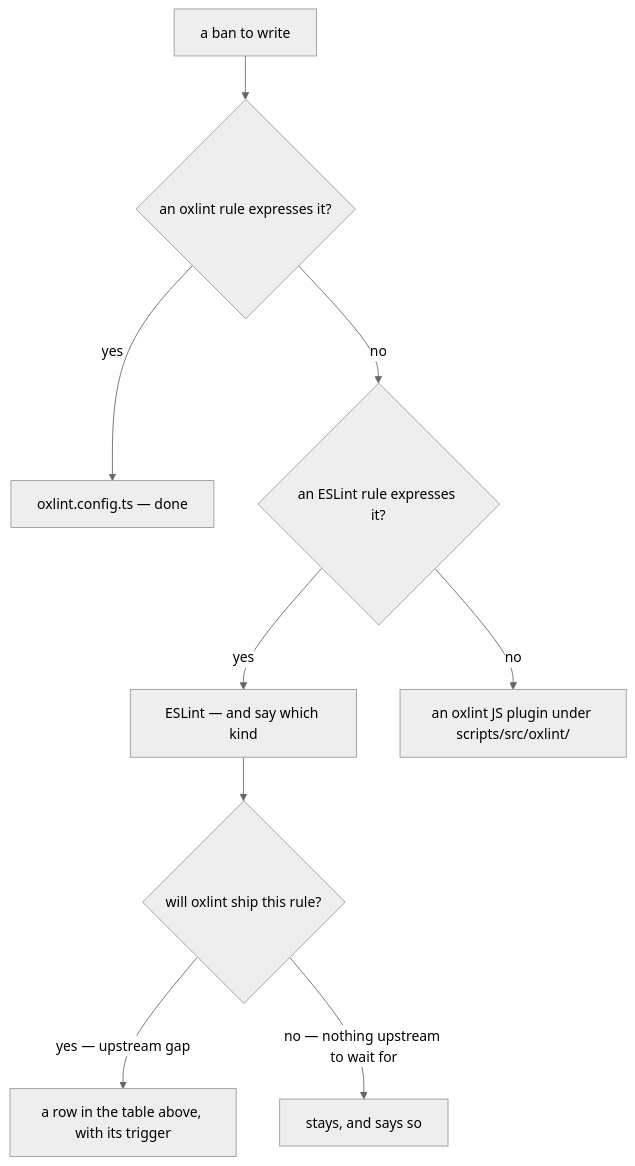
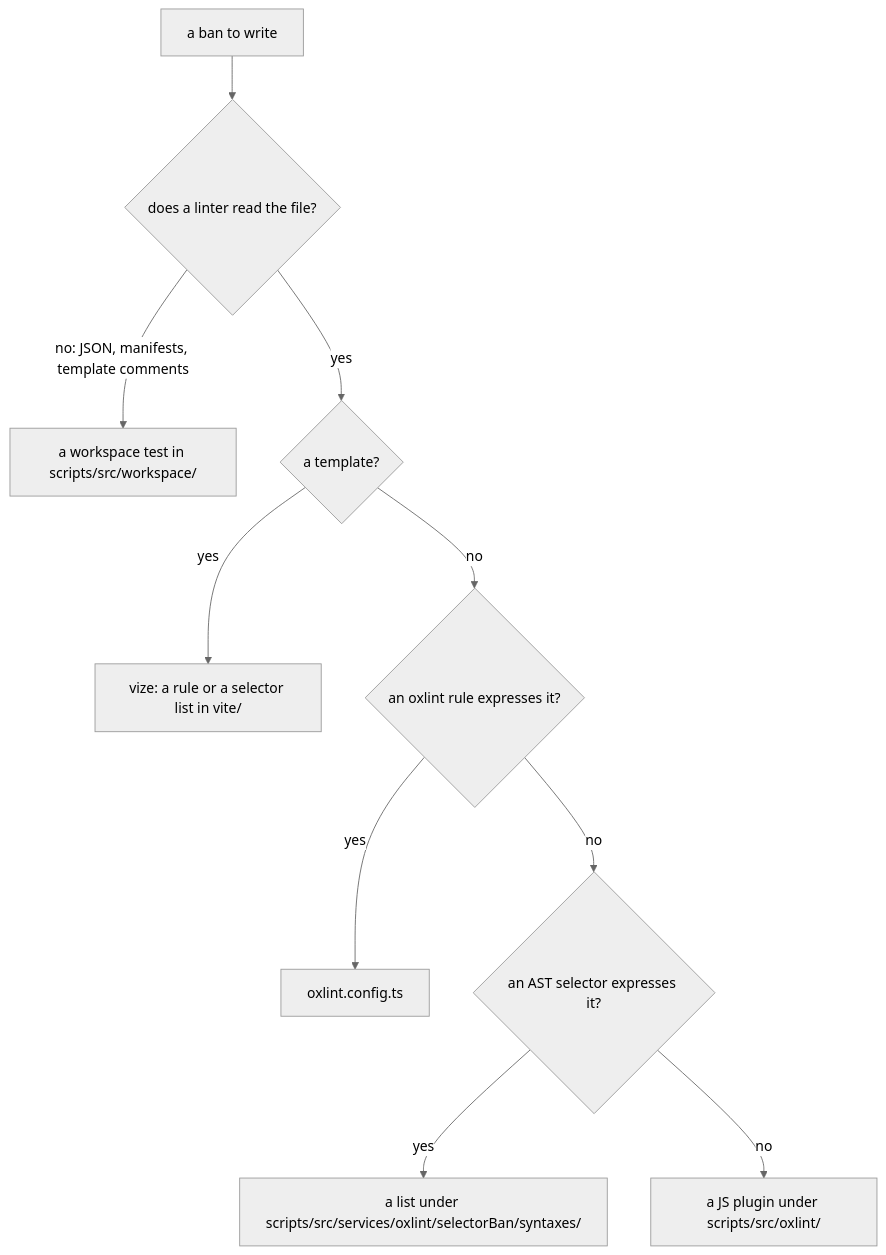
The second of 2 diagrams in openspec/specs/architecture/lint-toolchain/design.md (Esposter/Esposter), drawn with Mermaid (neutral theme) before and after one commit. The commit also changed other lines of this file and 54 other files, not shown here.

First line of the commit message:
docs: the lint pages describe oxlint, vize, oxfmt and the workspace tests as built

````diff
--- a/openspec/specs/architecture/lint-toolchain/design.md
+++ b/openspec/specs/architecture/lint-toolchain/design.md
@@ -72,11 +37,12 @@
 ```mermaid
 flowchart TD
-  BAN["a ban to write"] --> OX{"an oxlint rule expresses it?"}
-  OX -->|"yes"| OXLINT["oxlint.config.ts — done"]
-  OX -->|"no"| ES{"an ESLint rule expresses it?"}
-  ES -->|"yes"| ESLINT["ESLint — and say which kind"]
-  ES -->|"no"| PLUGIN["an oxlint JS plugin under scripts/src/oxlint/"]
-  ESLINT --> KIND{"will oxlint ship this rule?"}
-  KIND -->|"yes — upstream gap"| TABLE["a row in the table above, with its trigger"]
-  KIND -->|"no — nothing upstream to wait for"| PARK["stays, and says so"]
+  BAN["a ban to write"] --> READ{"does a linter read the file?"}
+  READ -->|"no: JSON, manifests, template comments"| TEST["a workspace test in scripts/src/workspace/"]
+  READ -->|yes| TPL{"a template?"}
+  TPL -->|yes| VIZE["vize: a rule or a selector list in vite/"]
+  TPL -->|no| NATIVE{"an oxlint rule expresses it?"}
+  NATIVE -->|yes| OXLINT["oxlint.config.ts"]
+  NATIVE -->|no| SELECTOR{"an AST selector expresses it?"}
+  SELECTOR -->|yes| LIST["a list under scripts/src/services/oxlint/selectorBan/syntaxes/"]
+  SELECTOR -->|no| PLUGIN["a JS plugin under scripts/src/oxlint/"]
 ```
````
